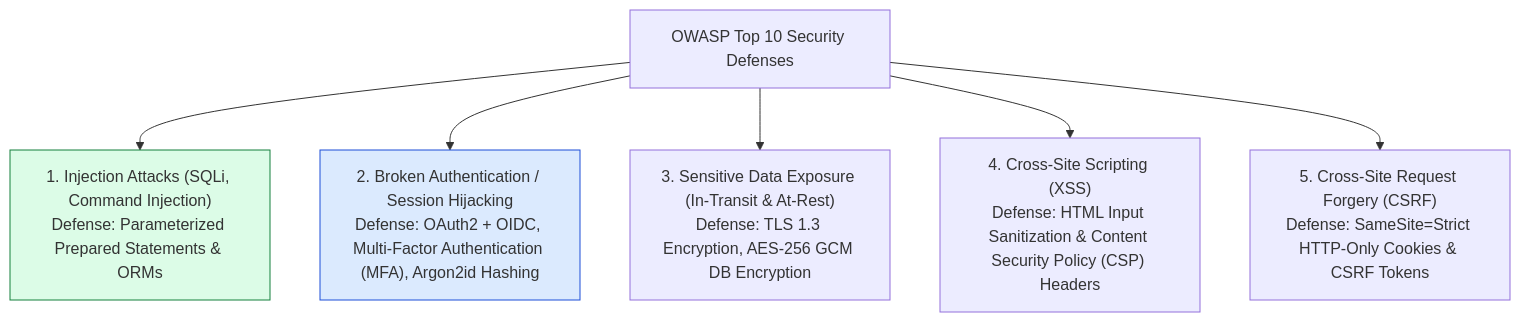
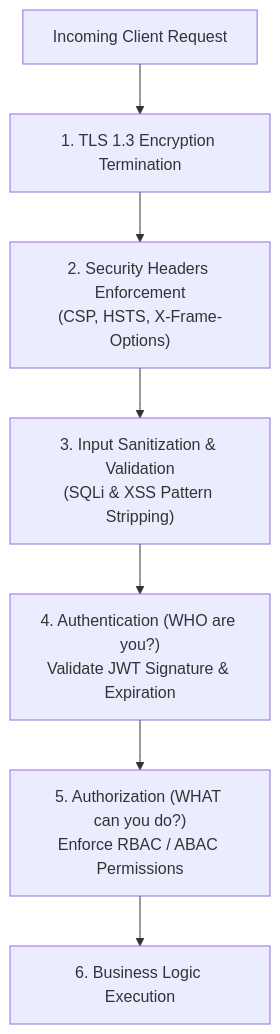
Before and after one commit to Amie-dev/engineering-playbook: the first of 3 diagrams in system-design-notes/34-security-fundamentals.md, drawn with Mermaid. The commit also changed other lines of this file and 33 other files, not shown here.

````diff
--- a/system-design-notes/34-security-fundamentals.md
+++ b/system-design-notes/34-security-fundamentals.md
@@ -41,11 +7,14 @@
 ```mermaid
 flowchart TD
-    OWASP[OWASP Top 10 Security Defenses] --> V1["1. Injection Attacks (SQLi, Command Injection)<br/>Defense: Parameterized Prepared Statements & ORMs"]
-    OWASP --> V2["2. Broken Authentication / Session Hijacking<br/>Defense: OAuth2 + OIDC, Multi-Factor Authentication (MFA), Argon2id Hashing"]
-    OWASP --> V3["3. Sensitive Data Exposure (In-Transit & At-Rest)<br/>Defense: TLS 1.3 Encryption, AES-256 GCM DB Encryption"]
-    OWASP --> V4["4. Cross-Site Scripting (XSS)<br/>Defense: HTML Input Sanitization & Content Security Policy (CSP) Headers"]
-    OWASP --> V5["5. Cross-Site Request Forgery (CSRF)<br/>Defense: SameSite=Strict HTTP-Only Cookies & CSRF Tokens"]
-
-    style V1 fill:#dcfce7,stroke:#15803d
-    style V2 fill:#dbeafe,stroke:#1d4ed8
+    ClientReq["Incoming Client Request"] --> TLS["1. TLS 1.3 Encryption Termination"]
+    
+    TLS --> Headers["2. Security Headers Enforcement<br/>(CSP, HSTS, X-Frame-Options)"]
+    
+    Headers --> InputSanitizer["3. Input Sanitization & Validation<br/>(SQLi & XSS Pattern Stripping)"]
+    
+    InputSanitizer --> AuthCheck["4. Authentication (WHO are you?)<br/>Validate JWT Signature & Expiration"]
+    
+    AuthCheck --> AuthzCheck["5. Authorization (WHAT can you do?)<br/>Enforce RBAC / ABAC Permissions"]
+    
+    AuthzCheck --> AppLogic["6. Business Logic Execution"]
 ```
````
